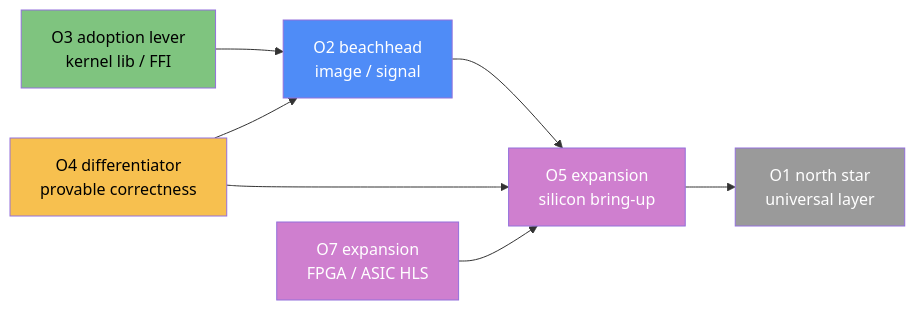
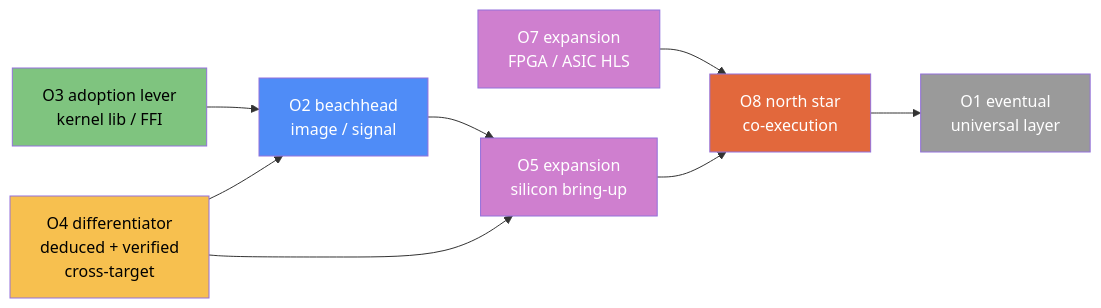
The diagram in VISION.md (LessComplexity/flow), drawn with Mermaid before and after one commit. The commit also changed other lines of this file and 6 other files, not shown here.

````diff
--- a/VISION.md
+++ b/VISION.md
@@ -183,15 +239,17 @@
 ```mermaid
 flowchart LR
     O2["O2 beachhead<br/>image / signal"] --> O5["O5 expansion<br/>silicon bring-up"]
     O3["O3 adoption lever<br/>kernel lib / FFI"] --> O2
-    O4["O4 differentiator<br/>provable correctness"] --> O2
+    O4["O4 differentiator<br/>deduced + verified<br/>cross-target"] --> O2
     O4 --> O5
-    O7["O7 expansion<br/>FPGA / ASIC HLS"] --> O5
-    O5 --> O1["O1 north star<br/>universal layer"]
+    O7["O7 expansion<br/>FPGA / ASIC HLS"] --> O8
+    O5 --> O8["O8 north star<br/>co-execution"]
+    O8 --> O1["O1 eventual<br/>universal layer"]
     style O2 fill:#4f8cf7,color:#fff
     style O3 fill:#7fc47f,color:#000
     style O4 fill:#f7c04f,color:#000
     style O5 fill:#cf7fcf,color:#fff
     style O7 fill:#cf7fcf,color:#fff
+    style O8 fill:#e2683c,color:#fff
     style O1 fill:#9a9a9a,color:#fff
 ```
````
